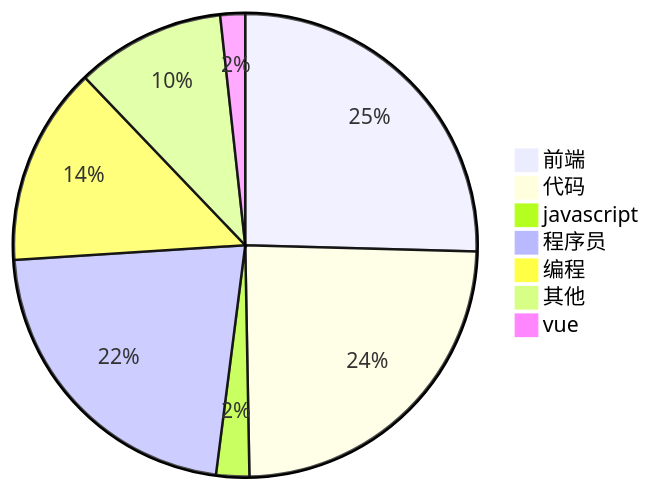
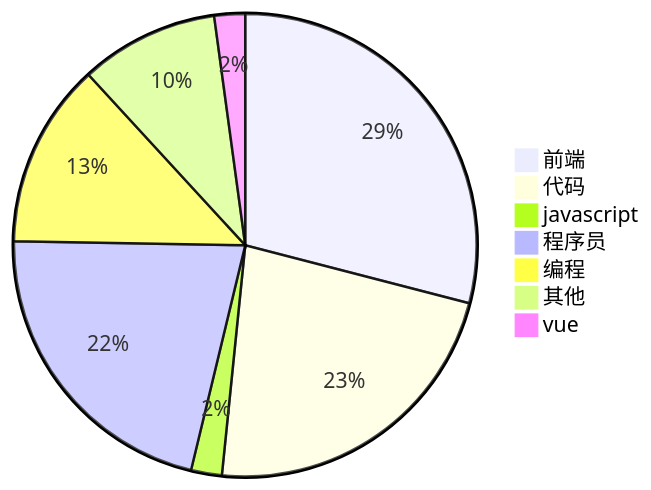
The diagram in douyin/RankingList.md (xieerduos/xieerduos.github.io), drawn with Mermaid before and after one commit. The commit also changed other lines of this file, not shown here.

````diff
--- a/douyin/RankingList.md
+++ b/douyin/RankingList.md
@@ -73,10 +73,10 @@
 ```Mermaid
 pie title 
-    "前端" : 44
+    "前端" : 54
     "代码" : 42
     "javascript" : 4
-    "程序员" : 38
+    "程序员" : 40
     "编程" : 24
     "其他" : 18
-    "vue" : 3
+    "vue" : 4
 ```
````
